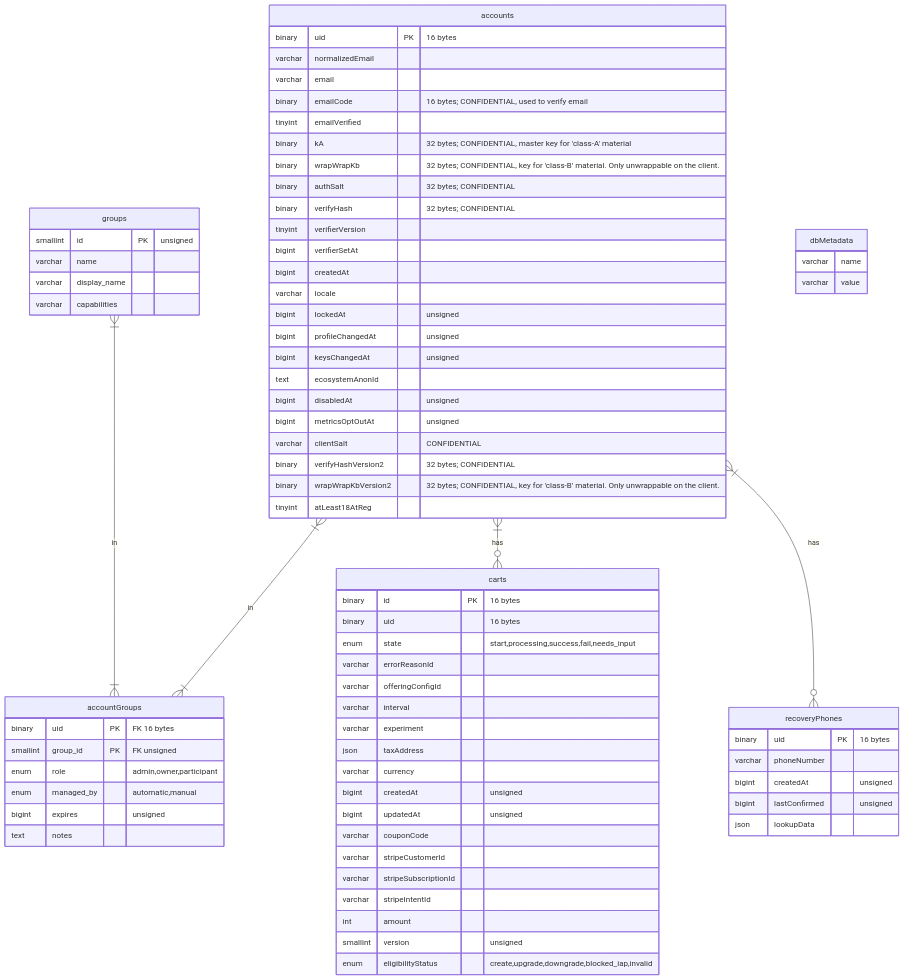
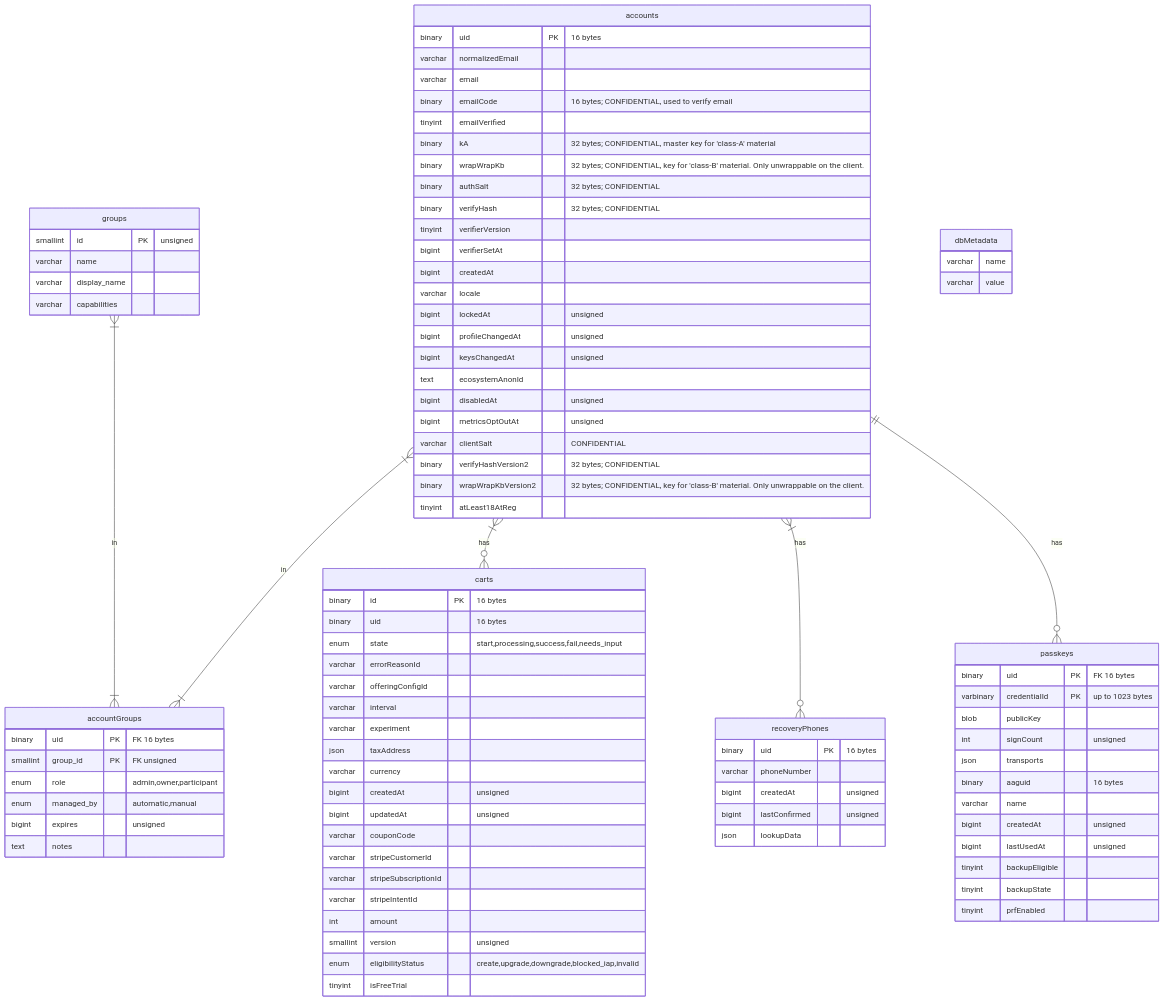
Before and after one commit to mozilla/ecosystem-platform: the second of 19 diagrams in docs/reference/database-structure.md, drawn with Mermaid. The commit also changed other lines of this file, not shown here.

```diff
--- a/docs/reference/database-structure.md
+++ b/docs/reference/database-structure.md
@@ -100,6 +100,7 @@
         int amount
         smallint version "unsigned"
         enum eligibilityStatus "create,upgrade,downgrade,blocked_iap,invalid"
+        tinyint isFreeTrial
     }
     accounts }|--o{ recoveryPhones: has
     recoveryPhones {
@@ -108,6 +109,21 @@
         bigint createdAt "unsigned"
         bigint lastConfirmed "unsigned"
         json lookupData
+    }
+    accounts ||--o{ passkeys: has
+    passkeys {
+        binary uid PK "FK 16 bytes"
+        varbinary credentialId PK "up to 1023 bytes"
+        blob publicKey
+        int signCount "unsigned"
+        json transports
+        binary aaguid "16 bytes"
+        varchar name
+        bigint createdAt "unsigned"
+        bigint lastUsedAt "unsigned"
+        tinyint backupEligible
+        tinyint backupState
+        tinyint prfEnabled
     }
     dbMetadata {
         varchar name
```
